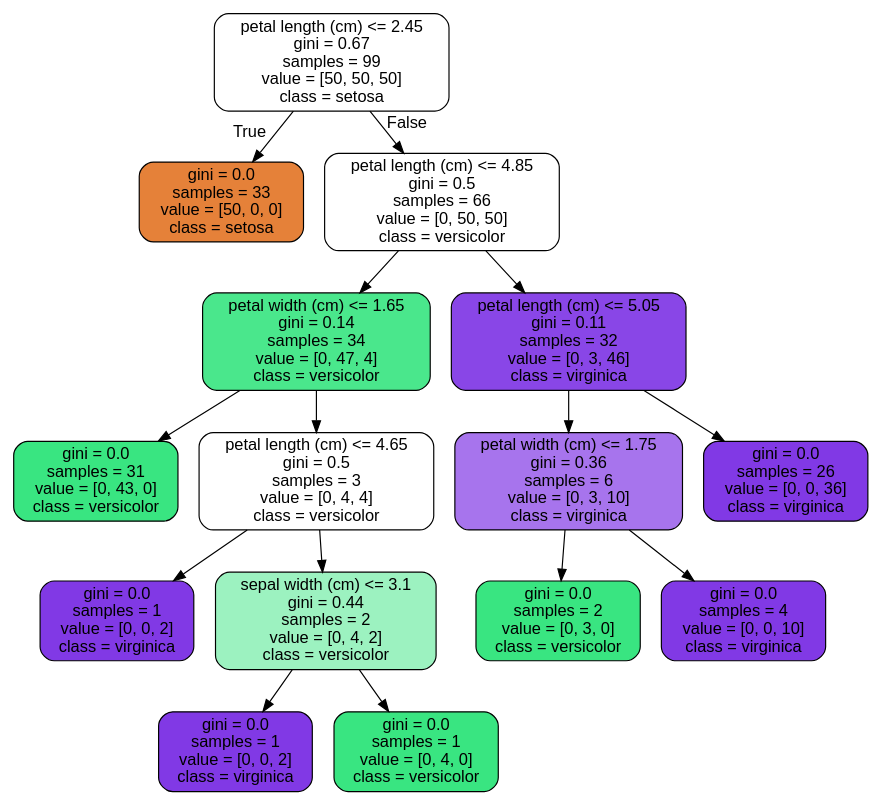
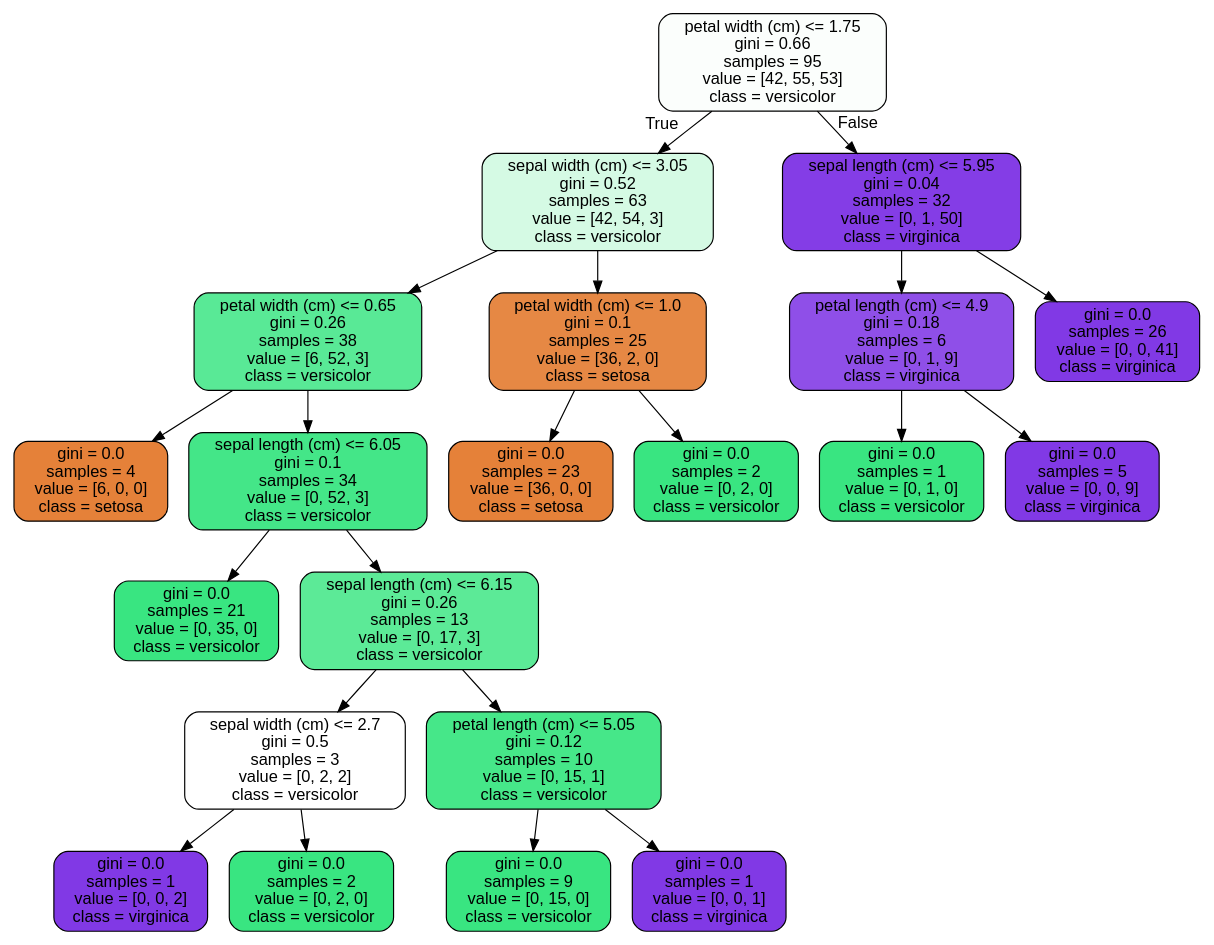
Before and after one commit to Kevin-Kwasnik/case-study--random-forest: the diagram in tree.dot, drawn with Graphviz. The commit also changed 2 other files, not shown here.

```diff
--- a/tree.dot
+++ b/tree.dot
@@ -1,33 +1,45 @@
 digraph Tree {
 node [shape=box, style="filled, rounded", color="black", fontname="helvetica"] ;
 edge [fontname="helvetica"] ;
-0 [label="petal length (cm) <= 2.45\ngini = 0.67\nsamples = 99\nvalue = [50, 50, 50]\nclass = setosa", fillcolor="#ffffff"] ;
-1 [label="gini = 0.0\nsamples = 33\nvalue = [50, 0, 0]\nclass = setosa", fillcolor="#e58139"] ;
+0 [label="petal width (cm) <= 1.75\ngini = 0.66\nsamples = 95\nvalue = [42, 55, 53]\nclass = versicolor", fillcolor="#fbfefc"] ;
+1 [label="sepal width (cm) <= 3.05\ngini = 0.52\nsamples = 63\nvalue = [42, 54, 3]\nclass = versicolor", fillcolor="#d5fae4"] ;
 0 -> 1 [labeldistance=2.5, labelangle=45, headlabel="True"] ;
-2 [label="petal length (cm) <= 4.85\ngini = 0.5\nsamples = 66\nvalue = [0, 50, 50]\nclass = versicolor", fillcolor="#ffffff"] ;
-0 -> 2 [labeldistance=2.5, labelangle=-45, headlabel="False"] ;
-3 [label="petal width (cm) <= 1.65\ngini = 0.14\nsamples = 34\nvalue = [0, 47, 4]\nclass = versicolor", fillcolor="#4ae78c"] ;
+2 [label="petal width (cm) <= 0.65\ngini = 0.26\nsamples = 38\nvalue = [6, 52, 3]\nclass = versicolor", fillcolor="#59e996"] ;
+1 -> 2 ;
+3 [label="gini = 0.0\nsamples = 4\nvalue = [6, 0, 0]\nclass = setosa", fillcolor="#e58139"] ;
 2 -> 3 ;
-4 [label="gini = 0.0\nsamples = 31\nvalue = [0, 43, 0]\nclass = versicolor", fillcolor="#39e581"] ;
-3 -> 4 ;
-5 [label="petal length (cm) <= 4.65\ngini = 0.5\nsamples = 3\nvalue = [0, 4, 4]\nclass = versicolor", fillcolor="#ffffff"] ;
-3 -> 5 ;
-6 [label="gini = 0.0\nsamples = 1\nvalue = [0, 0, 2]\nclass = virginica", fillcolor="#8139e5"] ;
-5 -> 6 ;
-7 [label="sepal width (cm) <= 3.1\ngini = 0.44\nsamples = 2\nvalue = [0, 4, 2]\nclass = versicolor", fillcolor="#9cf2c0"] ;
-5 -> 7 ;
+4 [label="sepal length (cm) <= 6.05\ngini = 0.1\nsamples = 34\nvalue = [0, 52, 3]\nclass = versicolor", fillcolor="#44e688"] ;
+2 -> 4 ;
+5 [label="gini = 0.0\nsamples = 21\nvalue = [0, 35, 0]\nclass = versicolor", fillcolor="#39e581"] ;
+4 -> 5 ;
+6 [label="sepal length (cm) <= 6.15\ngini = 0.26\nsamples = 13\nvalue = [0, 17, 3]\nclass = versicolor", fillcolor="#5cea97"] ;
+4 -> 6 ;
+7 [label="sepal width (cm) <= 2.7\ngini = 0.5\nsamples = 3\nvalue = [0, 2, 2]\nclass = versicolor", fillcolor="#ffffff"] ;
+6 -> 7 ;
 8 [label="gini = 0.0\nsamples = 1\nvalue = [0, 0, 2]\nclass = virginica", fillcolor="#8139e5"] ;
 7 -> 8 ;
-9 [label="gini = 0.0\nsamples = 1\nvalue = [0, 4, 0]\nclass = versicolor", fillcolor="#39e581"] ;
+9 [label="gini = 0.0\nsamples = 2\nvalue = [0, 2, 0]\nclass = versicolor", fillcolor="#39e581"] ;
 7 -> 9 ;
-10 [label="petal length (cm) <= 5.05\ngini = 0.11\nsamples = 32\nvalue = [0, 3, 46]\nclass = virginica", fillcolor="#8946e7"] ;
-2 -> 10 ;
-11 [label="petal width (cm) <= 1.75\ngini = 0.36\nsamples = 6\nvalue = [0, 3, 10]\nclass = virginica", fillcolor="#a774ed"] ;
+10 [label="petal length (cm) <= 5.05\ngini = 0.12\nsamples = 10\nvalue = [0, 15, 1]\nclass = versicolor", fillcolor="#46e789"] ;
+6 -> 10 ;
+11 [label="gini = 0.0\nsamples = 9\nvalue = [0, 15, 0]\nclass = versicolor", fillcolor="#39e581"] ;
 10 -> 11 ;
-12 [label="gini = 0.0\nsamples = 2\nvalue = [0, 3, 0]\nclass = versicolor", fillcolor="#39e581"] ;
-11 -> 12 ;
-13 [label="gini = 0.0\nsamples = 4\nvalue = [0, 0, 10]\nclass = virginica", fillcolor="#8139e5"] ;
-11 -> 13 ;
-14 [label="gini = 0.0\nsamples = 26\nvalue = [0, 0, 36]\nclass = virginica", fillcolor="#8139e5"] ;
-10 -> 14 ;
+12 [label="gini = 0.0\nsamples = 1\nvalue = [0, 0, 1]\nclass = virginica", fillcolor="#8139e5"] ;
+10 -> 12 ;
+13 [label="petal width (cm) <= 1.0\ngini = 0.1\nsamples = 25\nvalue = [36, 2, 0]\nclass = setosa", fillcolor="#e68844"] ;
+1 -> 13 ;
+14 [label="gini = 0.0\nsamples = 23\nvalue = [36, 0, 0]\nclass = setosa", fillcolor="#e58139"] ;
+13 -> 14 ;
+15 [label="gini = 0.0\nsamples = 2\nvalue = [0, 2, 0]\nclass = versicolor", fillcolor="#39e581"] ;
+13 -> 15 ;
+16 [label="sepal length (cm) <= 5.95\ngini = 0.04\nsamples = 32\nvalue = [0, 1, 50]\nclass = virginica", fillcolor="#843de6"] ;
+0 -> 16 [labeldistance=2.5, labelangle=-45, headlabel="False"] ;
+17 [label="petal length (cm) <= 4.9\ngini = 0.18\nsamples = 6\nvalue = [0, 1, 9]\nclass = virginica", fillcolor="#8f4fe8"] ;
+16 -> 17 ;
+18 [label="gini = 0.0\nsamples = 1\nvalue = [0, 1, 0]\nclass = versicolor", fillcolor="#39e581"] ;
+17 -> 18 ;
+19 [label="gini = 0.0\nsamples = 5\nvalue = [0, 0, 9]\nclass = virginica", fillcolor="#8139e5"] ;
+17 -> 19 ;
+20 [label="gini = 0.0\nsamples = 26\nvalue = [0, 0, 41]\nclass = virginica", fillcolor="#8139e5"] ;
+16 -> 20 ;
 }
```
